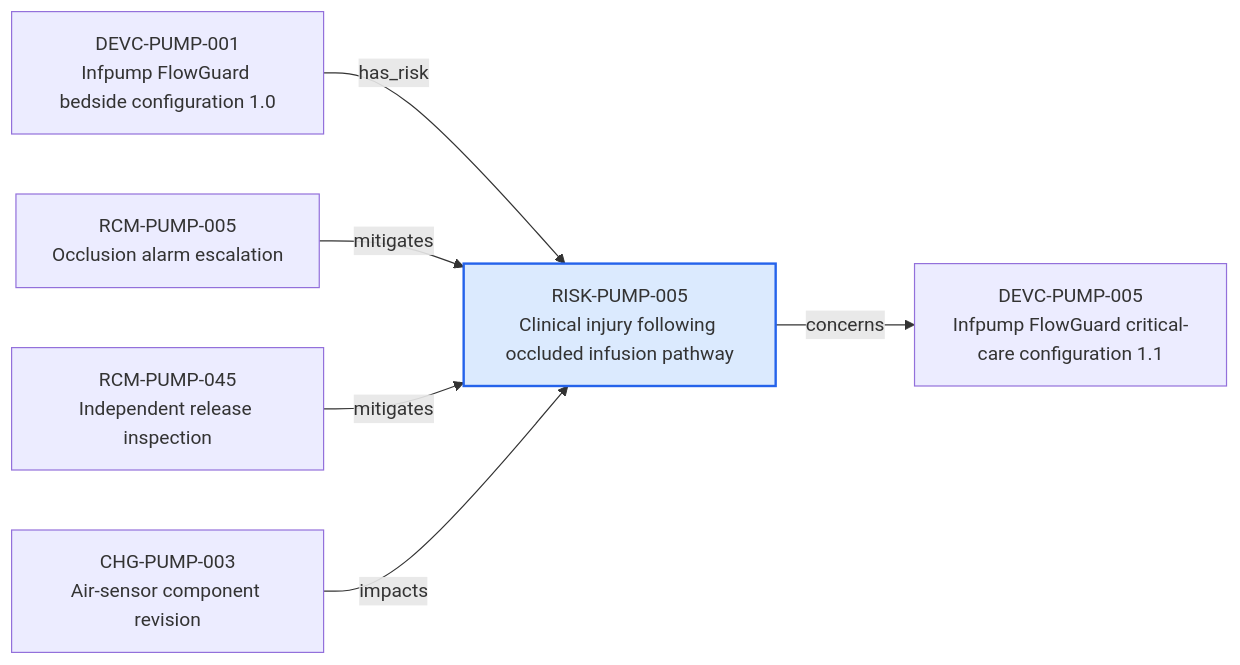
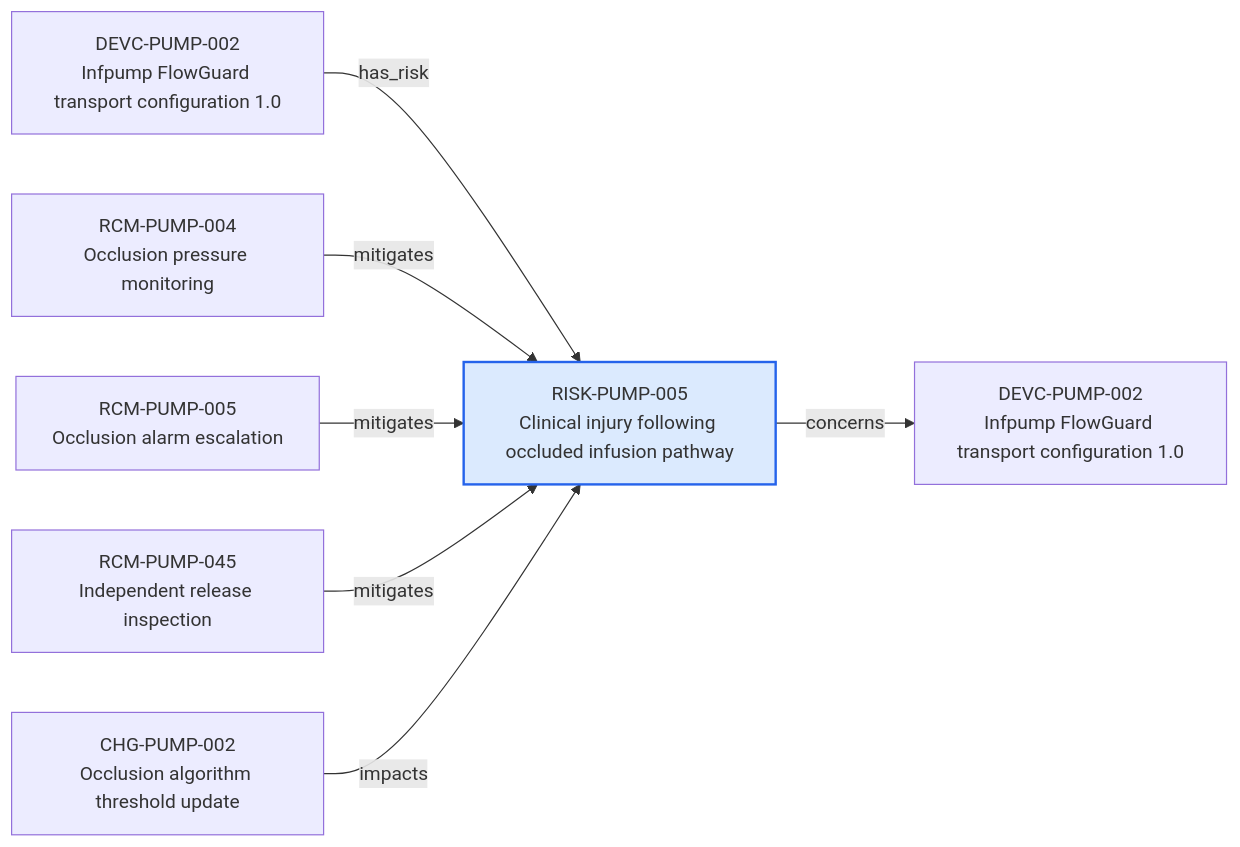
One commit to mvattulainen/mdrontology changed the diagram in content/06-Infpump FlowGuard ontology notes/risk/RISK-PUMP-005-clinical-injury-following-occluded-infusion-pathway.md. Above: the diagram before and after it, drawn with Mermaid. The commit also changed other lines of this file and 321 other files, not shown here.

Commit message:
Implement Mermaid ontology audit findings

````diff
--- a/content/06-Infpump FlowGuard ontology notes/risk/RISK-PUMP-005-clinical-injury-following-occluded-infusion-pathway.md
+++ b/content/06-Infpump FlowGuard ontology notes/risk/RISK-PUMP-005-clinical-injury-following-occluded-infusion-pathway.md
@@ -75,16 +77,18 @@
 ```mermaid
 flowchart LR
   CURRENT["RISK-PUMP-005<br/>Clinical injury following occluded infusion pathway"]
-  PREV0["DEVC-PUMP-001<br/>Infpump FlowGuard bedside configuration 1.0"]
+  PREV0["DEVC-PUMP-002<br/>Infpump FlowGuard transport configuration 1.0"]
   PREV0 -->|"has_risk"| CURRENT
-  PREV1["RCM-PUMP-005<br/>Occlusion alarm escalation"]
+  PREV1["RCM-PUMP-004<br/>Occlusion pressure monitoring"]
   PREV1 -->|"mitigates"| CURRENT
-  PREV2["RCM-PUMP-045<br/>Independent release inspection"]
+  PREV2["RCM-PUMP-005<br/>Occlusion alarm escalation"]
   PREV2 -->|"mitigates"| CURRENT
-  PREV3["CHG-PUMP-003<br/>Air-sensor component revision"]
-  PREV3 -->|"impacts"| CURRENT
-  NEXT0["DEVC-PUMP-005<br/>Infpump FlowGuard critical-care configuration 1.1"]
+  PREV3["RCM-PUMP-045<br/>Independent release inspection"]
+  PREV3 -->|"mitigates"| CURRENT
+  PREV4["CHG-PUMP-002<br/>Occlusion algorithm threshold update"]
+  PREV4 -->|"impacts"| CURRENT
+  NEXT0["DEVC-PUMP-002<br/>Infpump FlowGuard transport configuration 1.0"]
   CURRENT -->|"concerns"| NEXT0
   classDef current fill:#dbeafe,stroke:#2563eb,stroke-width:2px
   class CURRENT current
 ```
````
